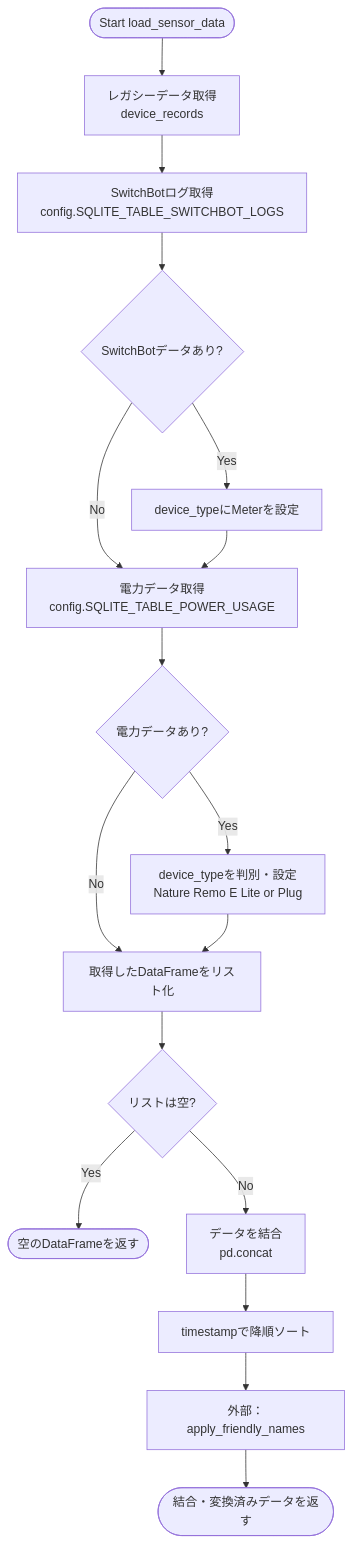
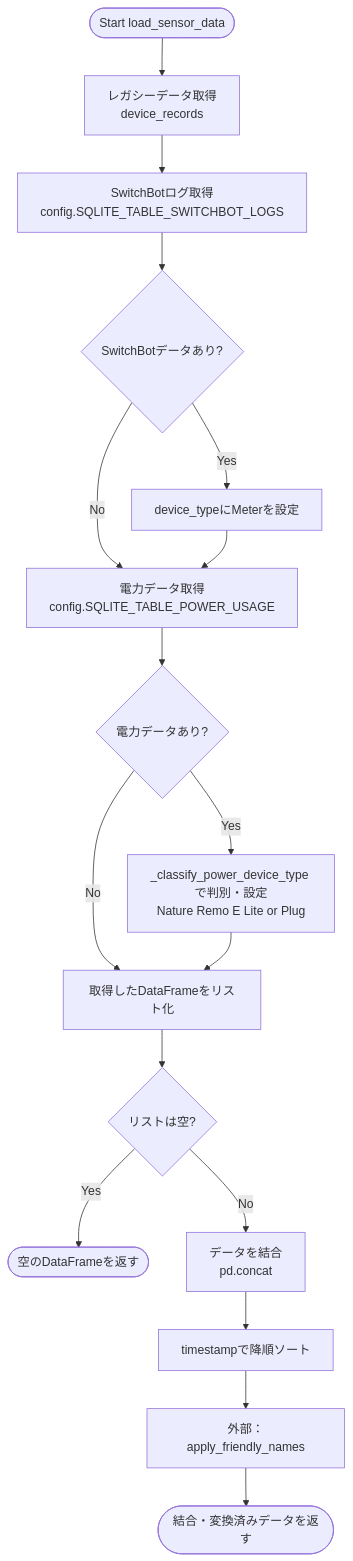
The first of 2 diagrams in docs/specifications/MY_HOME_SYSTEM/analysis_service.md (mmtigers/my_python_project), drawn with Mermaid before and after one commit. The commit also changed other lines of this file and 85 other files, not shown here.

````diff
--- a/docs/specifications/MY_HOME_SYSTEM/analysis_service.md
+++ b/docs/specifications/MY_HOME_SYSTEM/analysis_service.md
@@ -449,20 +431,20 @@
 ```mermaid
 flowchart TD
     Start([Start load_sensor_data]) --> Q1[レガシーデータ取得<br/>device_records]
     Q1 --> Q2[SwitchBotログ取得<br/>config.SQLITE_TABLE_SWITCHBOT_LOGS]
     Q2 --> C1{SwitchBotデータあり?}
     C1 -- Yes --> SetT1[device_typeにMeterを設定]
     C1 -- No --> Q3[電力データ取得<br/>config.SQLITE_TABLE_POWER_USAGE]
     SetT1 --> Q3
     Q3 --> C2{電力データあり?}
-    C2 -- Yes --> SetT2[device_typeを判別・設定<br/>Nature Remo E Lite or Plug]
+    C2 -- Yes --> SetT2["_classify_power_device_type で判別・設定<br/>Nature Remo E Lite or Plug"]
     C2 -- No --> Merge[取得したDataFrameをリスト化]
     SetT2 --> Merge
     Merge --> C3{リストは空?}
     C3 -- Yes --> ReturnEmpty([空のDataFrameを返す])
     C3 -- No --> Concat[データを結合<br/>pd.concat]
     Concat --> Sort[timestampで降順ソート]
     Sort --> Apply[外部：apply_friendly_names]
     Apply --> Return([結合・変換済みデータを返す])
 
 ```
````
